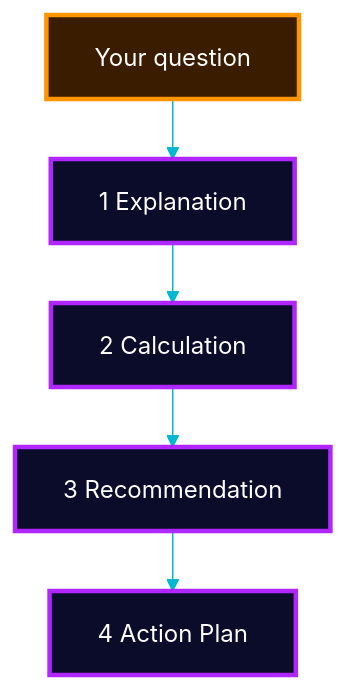
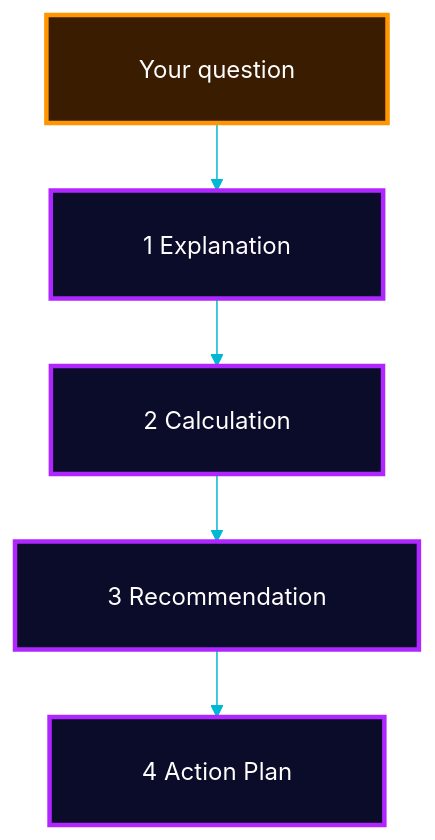
Before and after one commit to Mansi232323/MANSHORA: diagram 13 of 17 in README.md, drawn with Mermaid. The commit also changed other lines of this file, not shown here.

````diff
--- a/README.md
+++ b/README.md
@@ -482,12 +481,12 @@
 ```mermaid
-%%{init: {'theme':'base','themeVariables':{'fontSize':'16px','fontFamily':'Arial, Helvetica, sans-serif','primaryColor':'#0b0b2a','primaryTextColor':'#ffffff','primaryBorderColor':'#b026ff','lineColor':'#00b8d4','textColor':'#ffffff','edgeLabelBackground':'#0b0b2a'},'flowchart':{'htmlLabels':true,'nodeSpacing':30,'rankSpacing':40,'padding':16,'curve':'basis','wrappingWidth':240,'useMaxWidth':true}}}%%
+%%{init: {'theme':'base','themeVariables':{'fontSize':'16px','primaryColor':'#0b0b2a','primaryTextColor':'#ffffff','primaryBorderColor':'#b026ff','lineColor':'#00b8d4','textColor':'#ffffff','edgeLabelBackground':'#0b0b2a'},'flowchart':{'htmlLabels':true,'nodeSpacing':40,'rankSpacing':45,'padding':24,'curve':'basis','wrappingWidth':400,'useMaxWidth':true}}}%%
 flowchart TB
-    Q["Your question"] --> E["1 Explanation"]
-    E --> C["2 Calculation"]
-    C --> R["3 Recommendation"]
-    R --> A["4 Action Plan"]
+    Q["&nbsp;&nbsp;&nbsp;Your question&nbsp;&nbsp;&nbsp;"] --> E["&nbsp;&nbsp;&nbsp;1 Explanation&nbsp;&nbsp;&nbsp;"]
+    E --> C["&nbsp;&nbsp;&nbsp;2 Calculation&nbsp;&nbsp;&nbsp;"]
+    C --> R["&nbsp;&nbsp;&nbsp;3 Recommendation&nbsp;&nbsp;&nbsp;"]
+    R --> A["&nbsp;&nbsp;&nbsp;4 Action Plan&nbsp;&nbsp;&nbsp;"]
     classDef a fill:#0b0b2a,stroke:#b026ff,stroke-width:3px,color:#ffffff
     classDef q fill:#3a1c00,stroke:#ff9500,stroke-width:3px,color:#ffffff
     class E,C,R,A a
     class Q q
 ```
````
